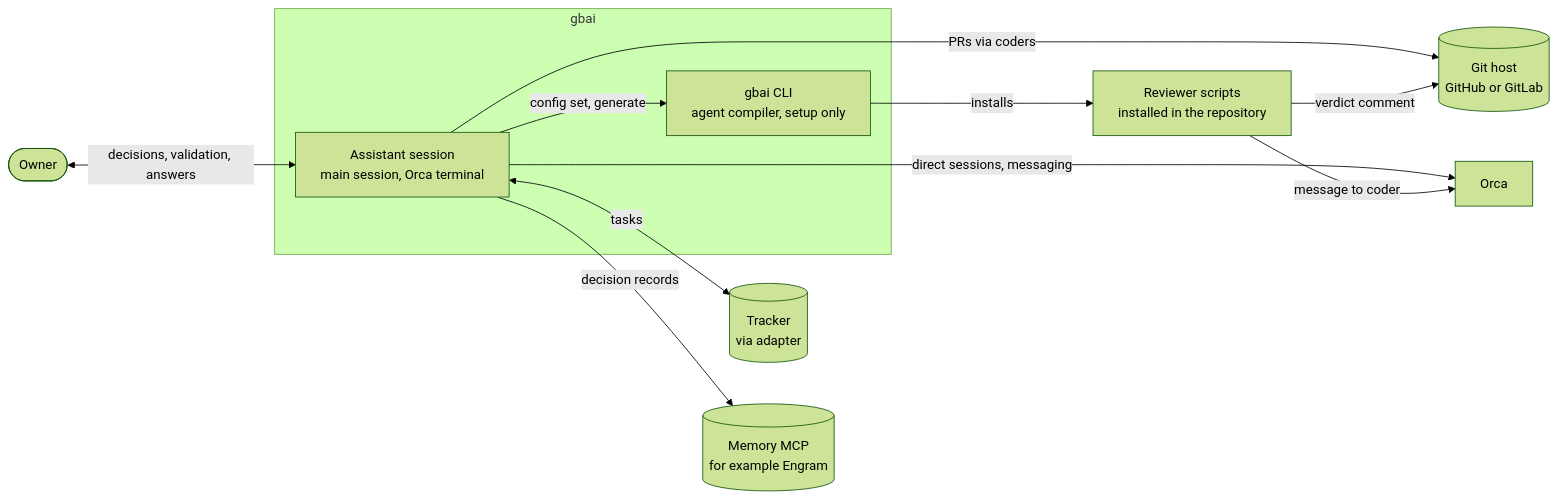
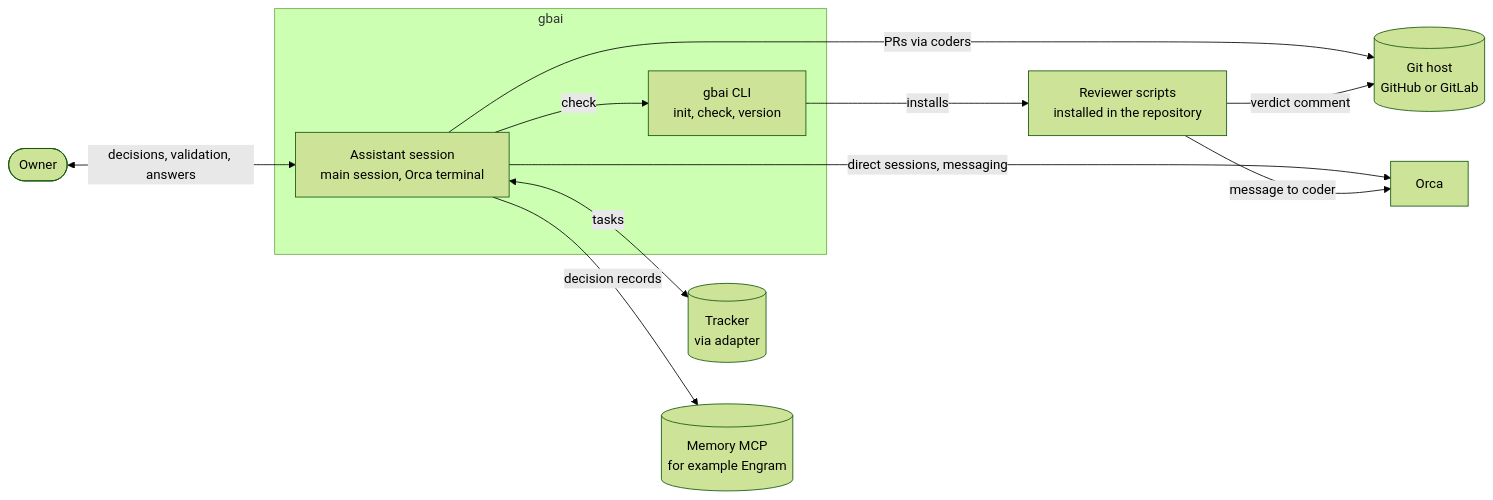
One commit to testeos-z/gabo-ai changed the first of 5 diagrams in docs/product/TRD.md. Above: the diagram before and after it, drawn with Mermaid (forest theme). The commit also changed other lines of this file and 1 other file, not shown here.

First line of the commit message:
docs(plan): re-plan for the three-command CLI (TRD D24, D25)

````diff
--- a/docs/product/TRD.md
+++ b/docs/product/TRD.md
@@ -74,23 +78,23 @@
 ```mermaid
 flowchart LR
   owner([Owner])
   subgraph gbai[gbai]
     assistant[Assistant session<br/>main session, Orca terminal]
-    cli[gbai CLI<br/>agent compiler, setup only]
+    cli[gbai CLI<br/>init, check, version]
   end
   reviewer[Reviewer scripts<br/>installed in the repository]
   tracker[(Tracker<br/>via adapter)]
   githost[(Git host<br/>GitHub or GitLab)]
   orca[Orca]
   memory[(Memory MCP<br/>for example Engram)]
 
   owner <-->|decisions, validation, answers| assistant
-  assistant -->|config set, generate| cli
+  assistant -->|check| cli
   assistant <-->|tasks| tracker
   assistant -->|decision records| memory
   assistant -->|direct sessions, messaging| orca
   assistant -->|PRs via coders| githost
   reviewer -->|verdict comment| githost
   reviewer -->|message to coder| orca
   cli -->|installs| reviewer
 ```
````
